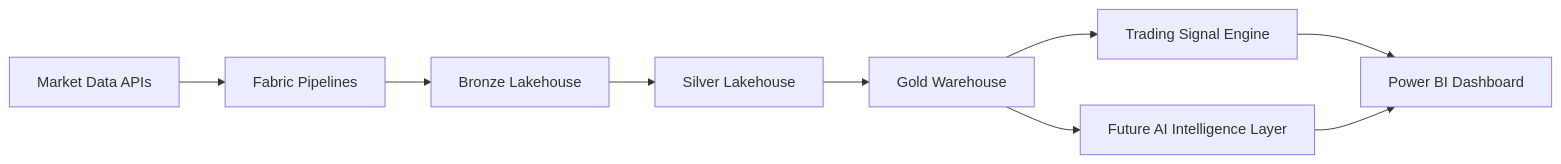
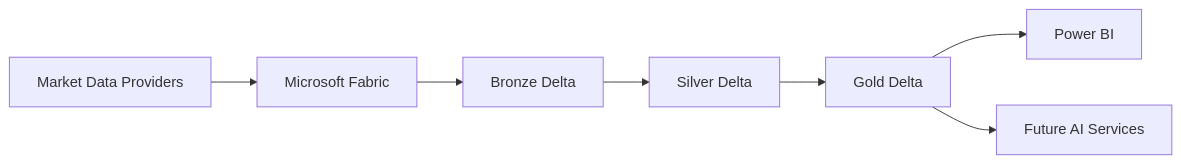
Before and after one commit to johnmccrae-ukfi/atlas: the diagram in README.md, drawn with Mermaid. The commit also changed other lines of this file and 3 other files, not shown here.

Commit message:
docs: Gold Foundation architecture and notebook standards

````diff
--- a/README.md
+++ b/README.md
@@ -8,11 +8,24 @@
 ```mermaid
 flowchart LR
-    A["Market Data APIs"] --> B["Fabric Pipelines"]
-    B --> C["Bronze Lakehouse"]
-    C --> D["Silver Lakehouse"]
-    D --> E["Gold Warehouse"]
-    E --> F["Trading Signal Engine"]
-    F --> G["Power BI Dashboard"]
-    E --> H["Future AI Intelligence Layer"]
-    H --> G
+
+A["Market Data Providers"]
+
+B["Microsoft Fabric"]
+
+C["Bronze Delta"]
+
+D["Silver Delta"]
+
+E["Gold Delta"]
+
+F["Power BI"]
+
+G["Future AI Services"]
+
+A --> B
+B --> C
+C --> D
+D --> E
+E --> F
+E --> G
 ```
````
